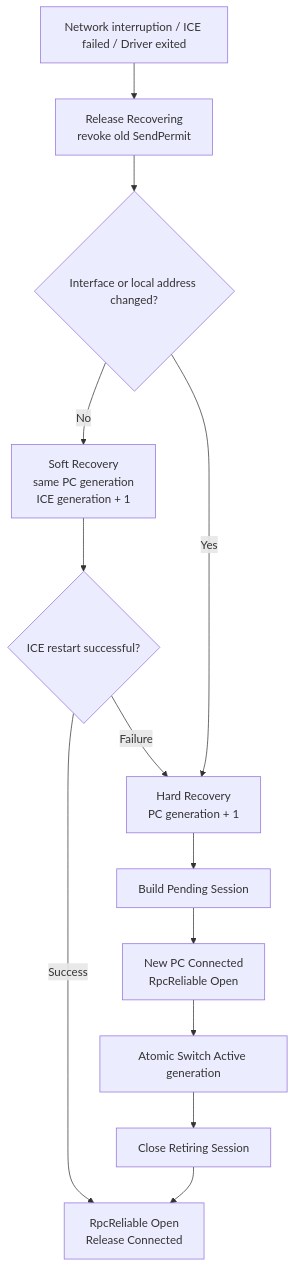
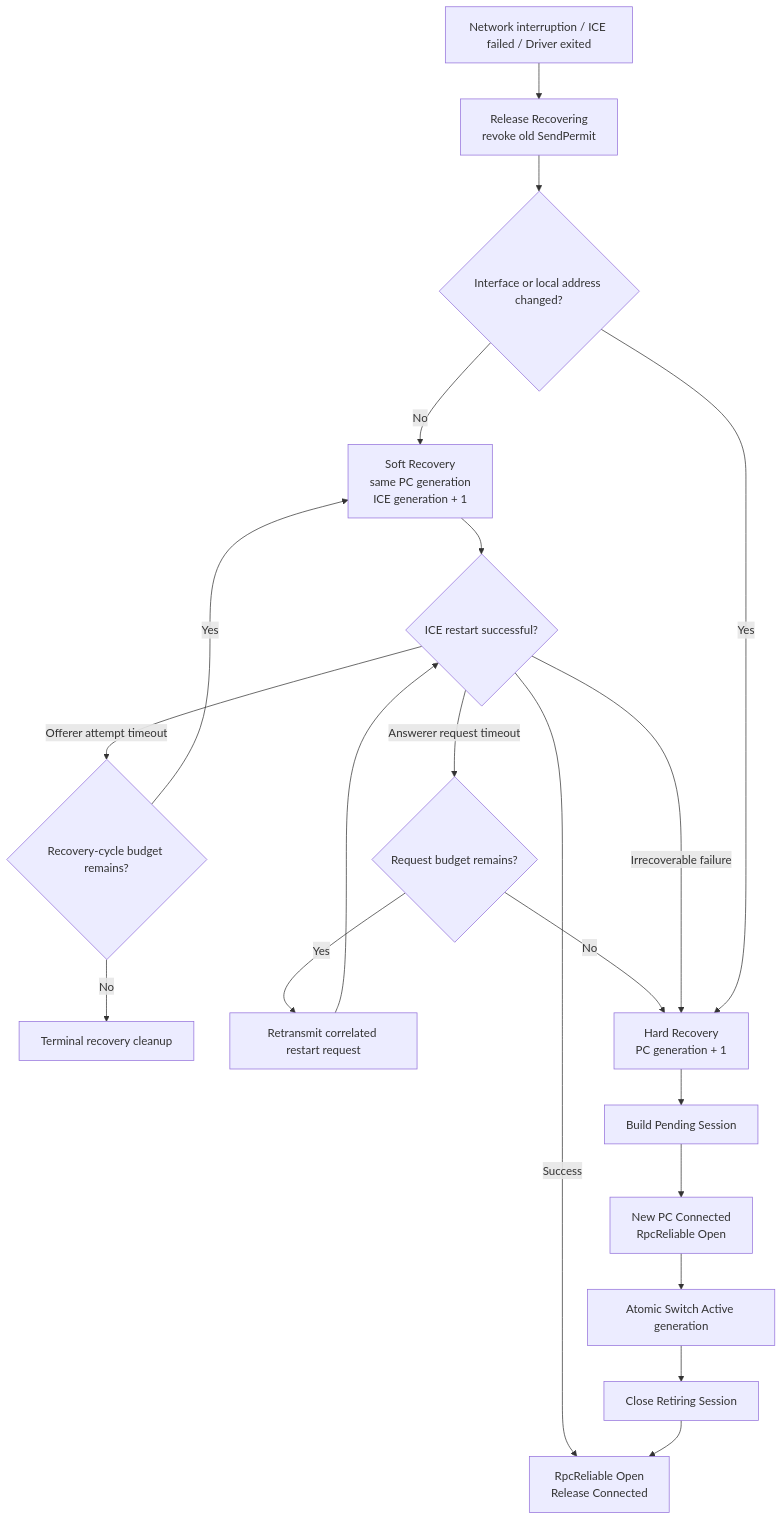
Before and after one commit to Actrium/actrium: the tenth of 12 diagrams in .import/actr/rfcs/0504-webrtc-v020-rtc-controller-architecture.md, drawn with Mermaid. The commit also changed other lines of this file and 4 other files, not shown here.

First line of the commit message:
fix(rtc): retry soft recovery on attempt timeout (#594)

````diff
--- a/.import/actr/rfcs/0504-webrtc-v020-rtc-controller-architecture.md
+++ b/.import/actr/rfcs/0504-webrtc-v020-rtc-controller-architecture.md
@@ -1371,17 +1377,24 @@
 ```mermaid
 flowchart TB
     Failure["Network interruption / ICE failed / Driver exited"] --> Recovering["Release Recovering<br/> revoke old SendPermit"]
     Recovering --> AddressChanged{"Interface or local address changed?"}
 
     AddressChanged -->|"No"| Soft["Soft Recovery<br/>same PC generation<br/>ICE generation + 1"]
     Soft --> SoftResult{"ICE restart successful?"}
     SoftResult -->|"Success"| Ready["RpcReliable Open<br/> Release Connected"]
-    SoftResult -->|"Failure"| Hard["Hard Recovery<br/>PC generation + 1"]
+    SoftResult -->|"Offerer attempt timeout"| Budget{"Recovery-cycle budget remains?"}
+    Budget -->|"Yes"| Soft
+    Budget -->|"No"| Terminal["Terminal recovery cleanup"]
+    SoftResult -->|"Answerer request timeout"| RequestBudget{"Request budget remains?"}
+    RequestBudget -->|"Yes"| Retransmit["Retransmit correlated restart request"]
+    Retransmit --> SoftResult
+    RequestBudget -->|"No"| Hard
+    SoftResult -->|"Irrecoverable failure"| Hard["Hard Recovery<br/>PC generation + 1"]
 
     AddressChanged -->|"Yes"| Hard
     Hard --> Pending["Build Pending Session"]
     Pending --> PendingReady["New PC Connected<br/>RpcReliable Open"]
     PendingReady --> Switch["Atomic Switch Active generation"]
     Switch --> Retire["Close Retiring Session"]
     Retire --> Ready
 ```
````
